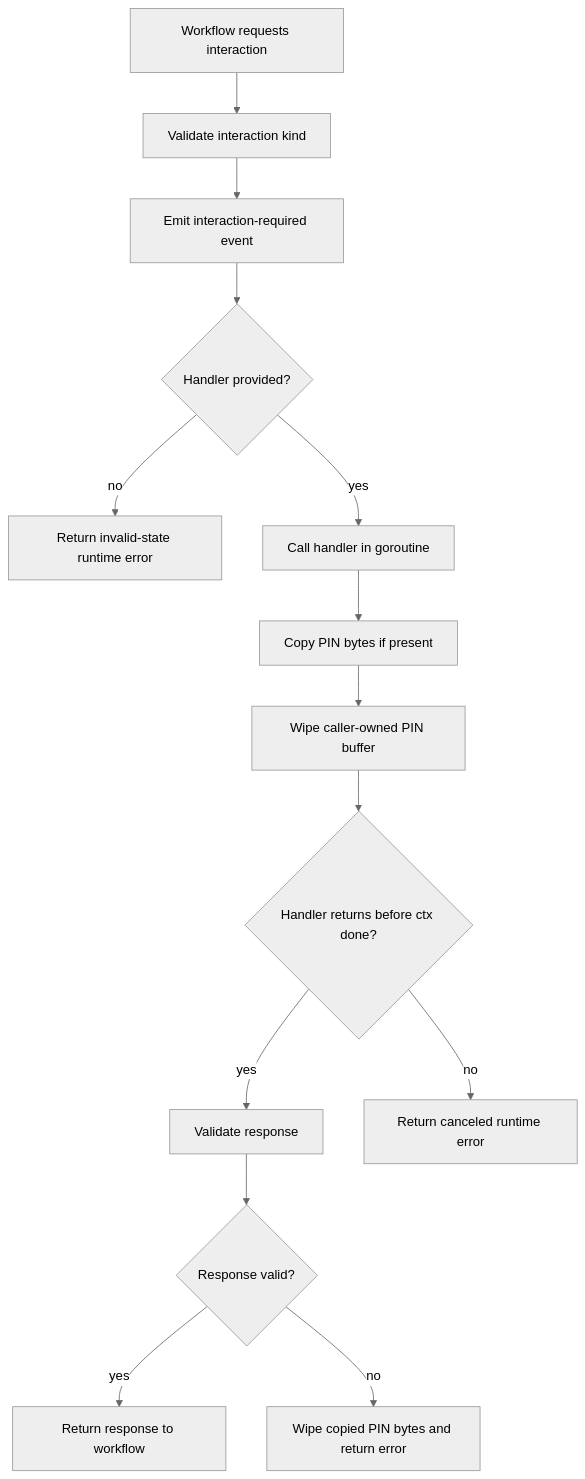
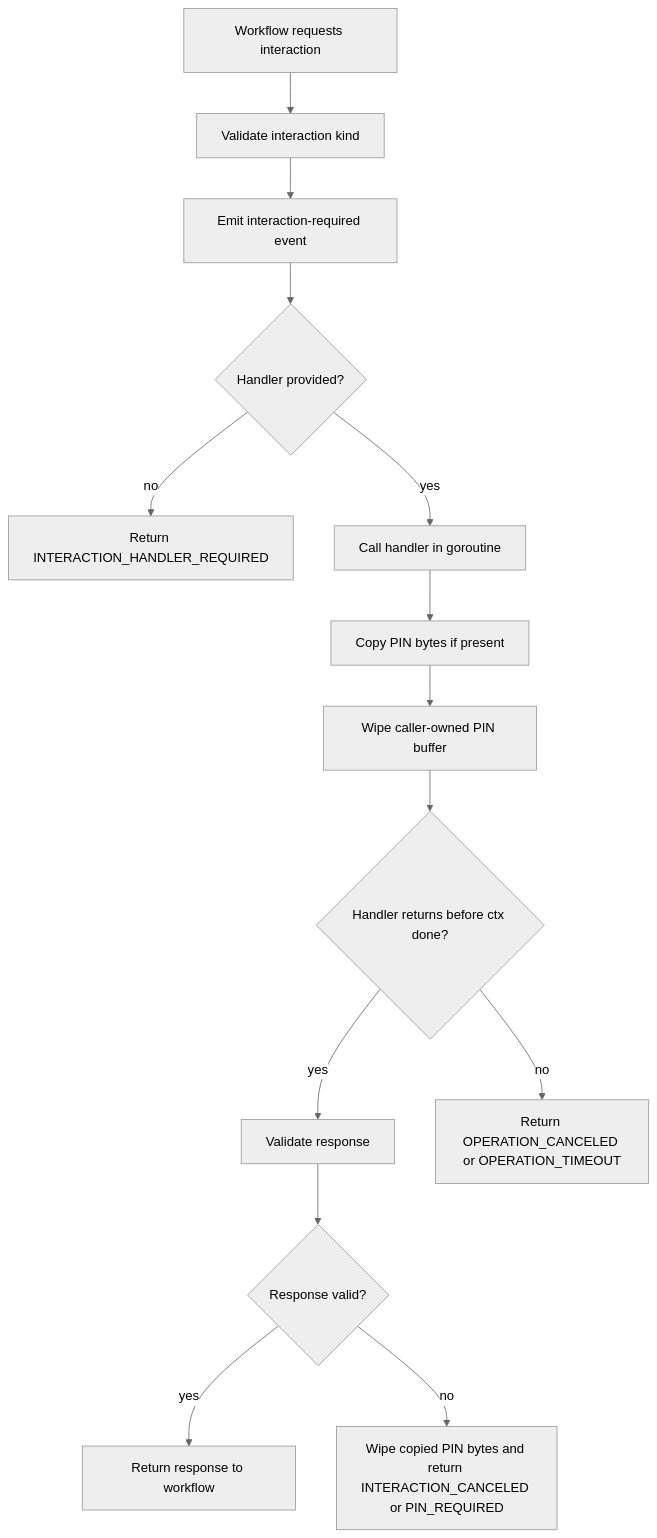
One commit to go-ctap/kit changed the fourth of 5 diagrams in docs/current-runtime-flows.md. Above: the diagram before and after it, drawn with Mermaid (neutral theme). The commit also changed other lines of this file and 99 other files, not shown here.

````diff
--- a/docs/current-runtime-flows.md
+++ b/docs/current-runtime-flows.md
@@ -142,16 +141,16 @@
 ```mermaid
 flowchart TD
   A["Workflow requests interaction"] --> B["Validate interaction kind"]
   B --> C["Emit interaction-required event"]
   C --> D{"Handler provided?"}
-  D -->|no| X["Return invalid-state runtime error"]
+  D -->|no| X["Return INTERACTION_HANDLER_REQUIRED"]
   D -->|yes| E["Call handler in goroutine"]
   E --> F["Copy PIN bytes if present"]
   F --> G["Wipe caller-owned PIN buffer"]
   G --> H{"Handler returns before ctx done?"}
   H -->|yes| I["Validate response"]
-  H -->|no| Y["Return canceled runtime error"]
+  H -->|no| Y["Return OPERATION_CANCELED or OPERATION_TIMEOUT"]
   I --> J{"Response valid?"}
   J -->|yes| K["Return response to workflow"]
-  J -->|no| L["Wipe copied PIN bytes and return error"]
+  J -->|no| L["Wipe copied PIN bytes and return INTERACTION_CANCELED or PIN_REQUIRED"]
 ```
````
